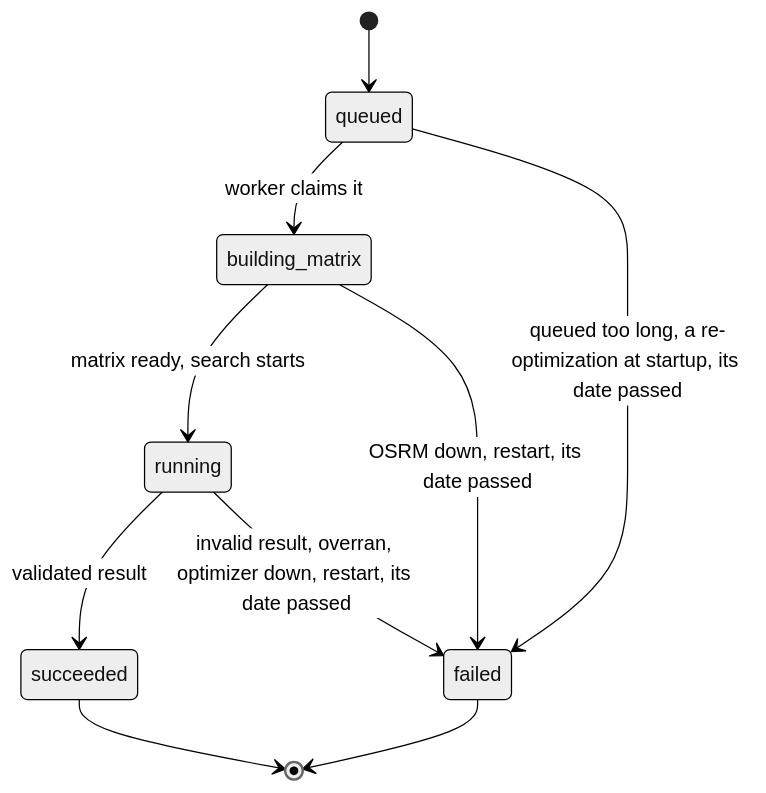
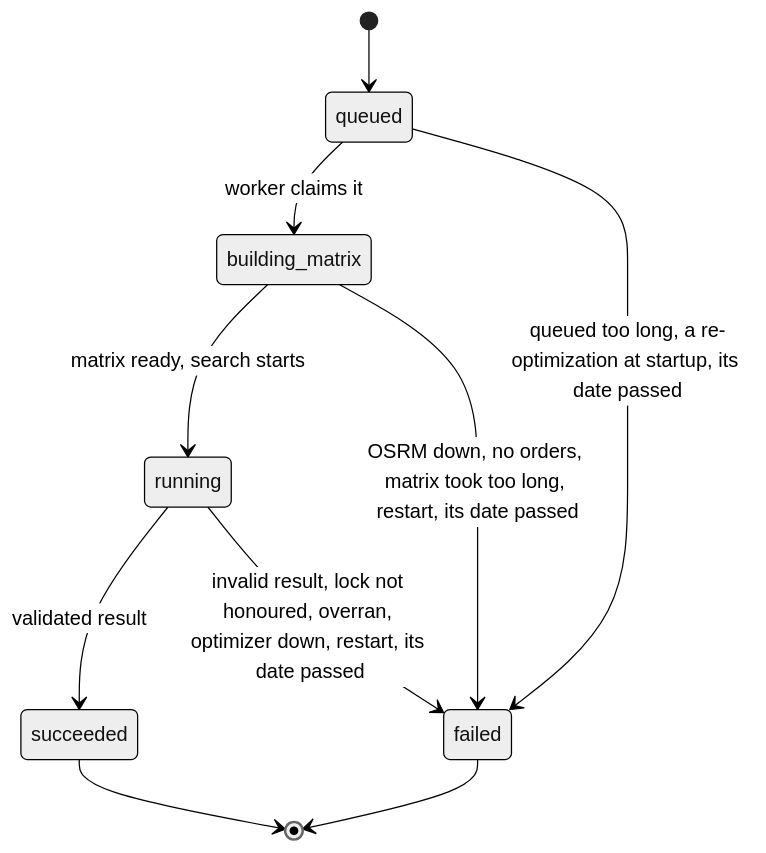
The fifth of 10 diagrams in docs/architecture/domain_layer/domain_layer_design.md (NaimElijah/DispatchFlow), drawn with Mermaid (neutral theme) before and after one commit. The commit also changed other lines of this file and 112 other files, not shown here.

````diff
--- a/docs/architecture/domain_layer/domain_layer_design.md
+++ b/docs/architecture/domain_layer/domain_layer_design.md
@@ -1038,12 +1071,12 @@
 ```mermaid
 stateDiagram-v2
   [*] --> queued
   queued --> building_matrix : worker claims it
   building_matrix --> running : matrix ready, search starts
   running --> succeeded : validated result
-  running --> failed : invalid result, overran, optimizer down, restart, its date passed
-  building_matrix --> failed : OSRM down, restart, its date passed
+  running --> failed : invalid result, lock not honoured, overran, optimizer down, restart, its date passed
+  building_matrix --> failed : OSRM down, no orders, matrix took too long, restart, its date passed
   queued --> failed : queued too long, a re-optimization at startup, its date passed
   succeeded --> [*]
   failed --> [*]
 ```
````
